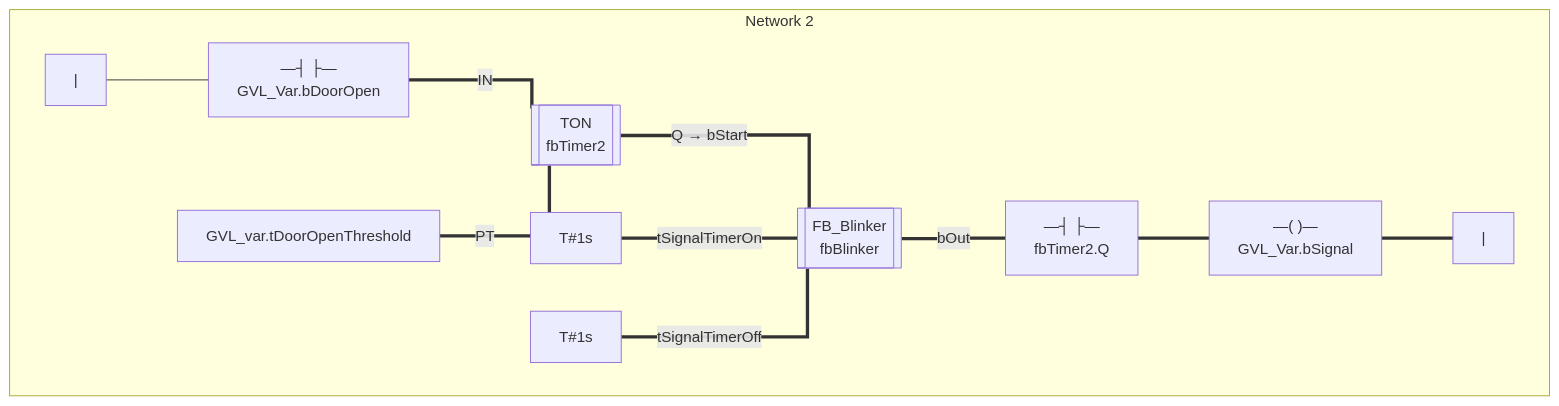
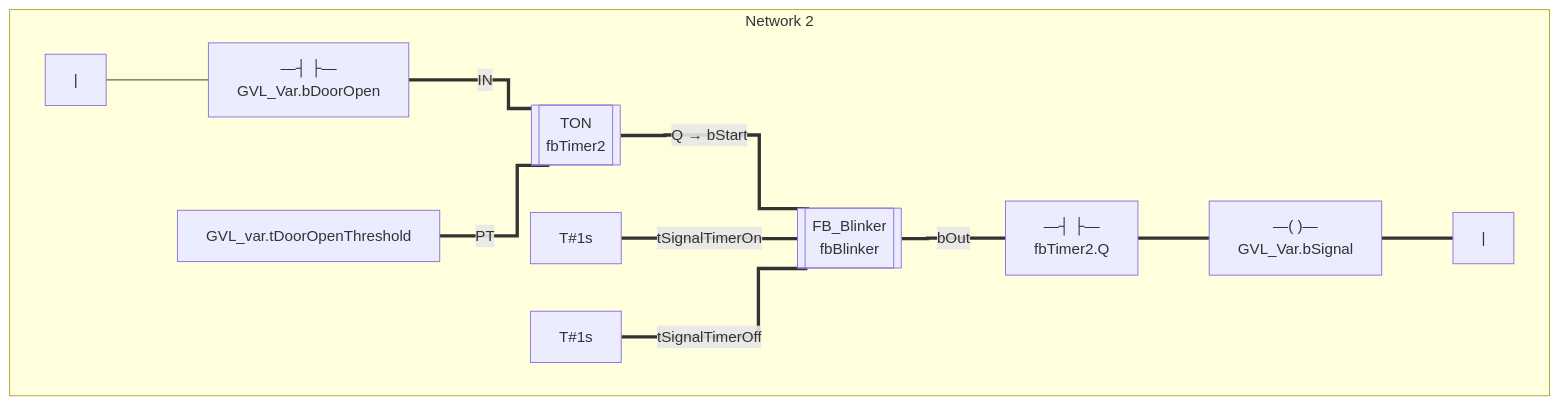
Before and after one commit to crissoll/pou2md: the third of 4 diagrams in tests/expected/Signals.md, drawn with Mermaid. The commit also changed other lines of this file and 9 other files, not shown here.

````diff
--- a/tests/expected/Signals.md
+++ b/tests/expected/Signals.md
@@ -59,35 +59,35 @@
 ```mermaid
-%%{ init: { 'flowchart': { 'curve': 'stepAfter' } } }%%
+%%{ init: { 'flowchart': { 'curve': 'step' } } }%%
 flowchart LR
     subgraph Network_2 [" Network 2 "]
         direction LR
         %% --- Power Rails ---
         N2_L["|"]
         N2_R["|"]
 
         %% --- Contacts ---
         N2_bDoorOpen["—┤ ├—<br/>GVL_Var.bDoorOpen"]
         N2_tDoorOpenThreshold["GVL_var.tDoorOpenThreshold"]
         N2_T1s_On["T#1s"]
         N2_T1s_Off["T#1s"]
         N2_fbTimer2Q["—┤ ├—<br/>fbTimer2.Q"]
 
         %% --- Function Blocks ---
         N2_Blinker[["FB_Blinker<br/>fbBlinker"]]
         N2_TON[["TON<br/>fbTimer2"]]
 
         %% --- Coils / Jumps ---
         N2_bSignal["—( )—<br/>GVL_Var.bSignal"]
 
         %% --- Continuity ---
         N2_L --- N2_bDoorOpen
         N2_TON ===|"Q → bStart"| N2_Blinker
         N2_bDoorOpen ===|"IN"| N2_TON
         N2_tDoorOpenThreshold ===|"PT"| N2_TON
         N2_T1s_On ===|"tSignalTimerOn"| N2_Blinker
         N2_T1s_Off ===|"tSignalTimerOff"| N2_Blinker
         N2_Blinker ===|"bOut"| N2_fbTimer2Q
         N2_fbTimer2Q === N2_bSignal
         N2_bSignal === N2_R
     end
 ```
````
